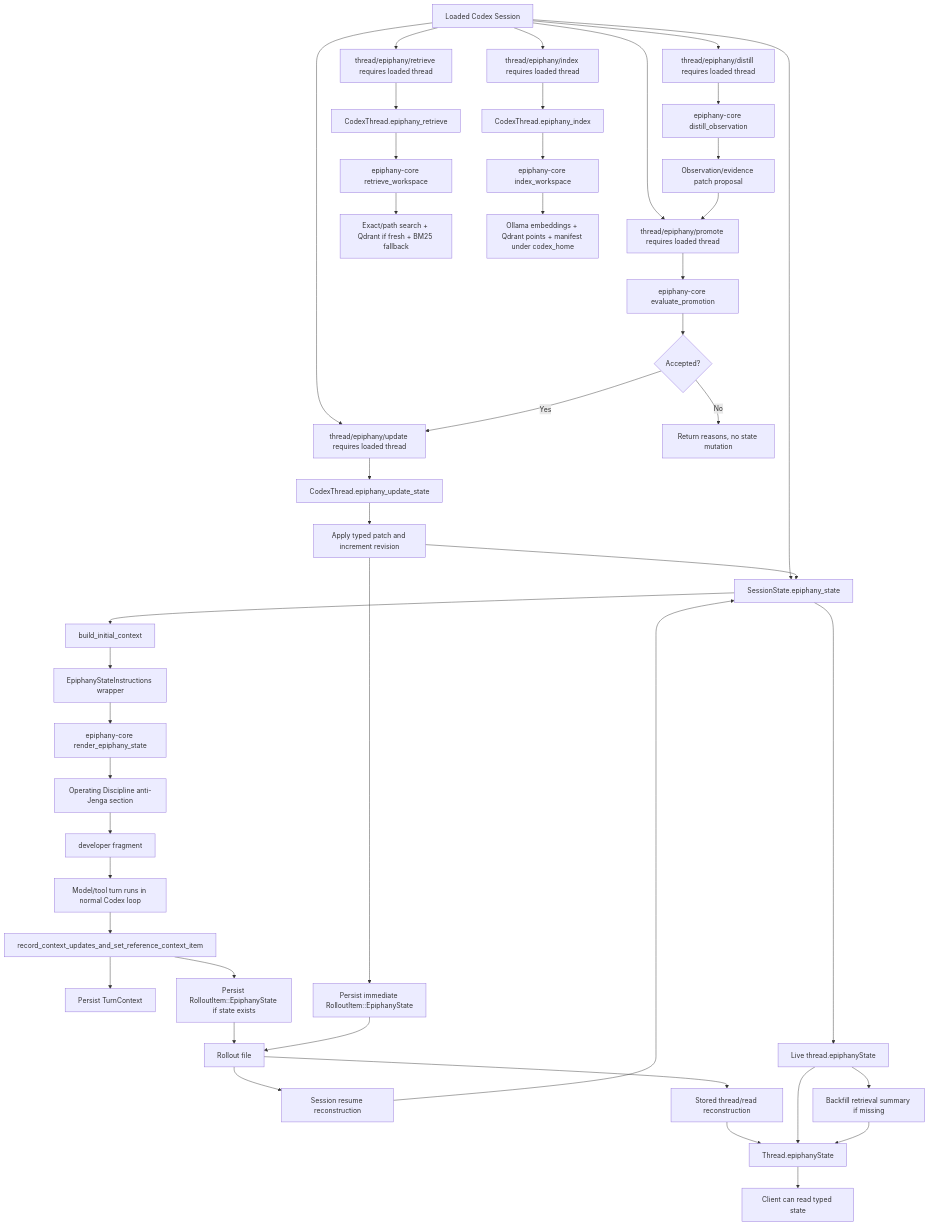
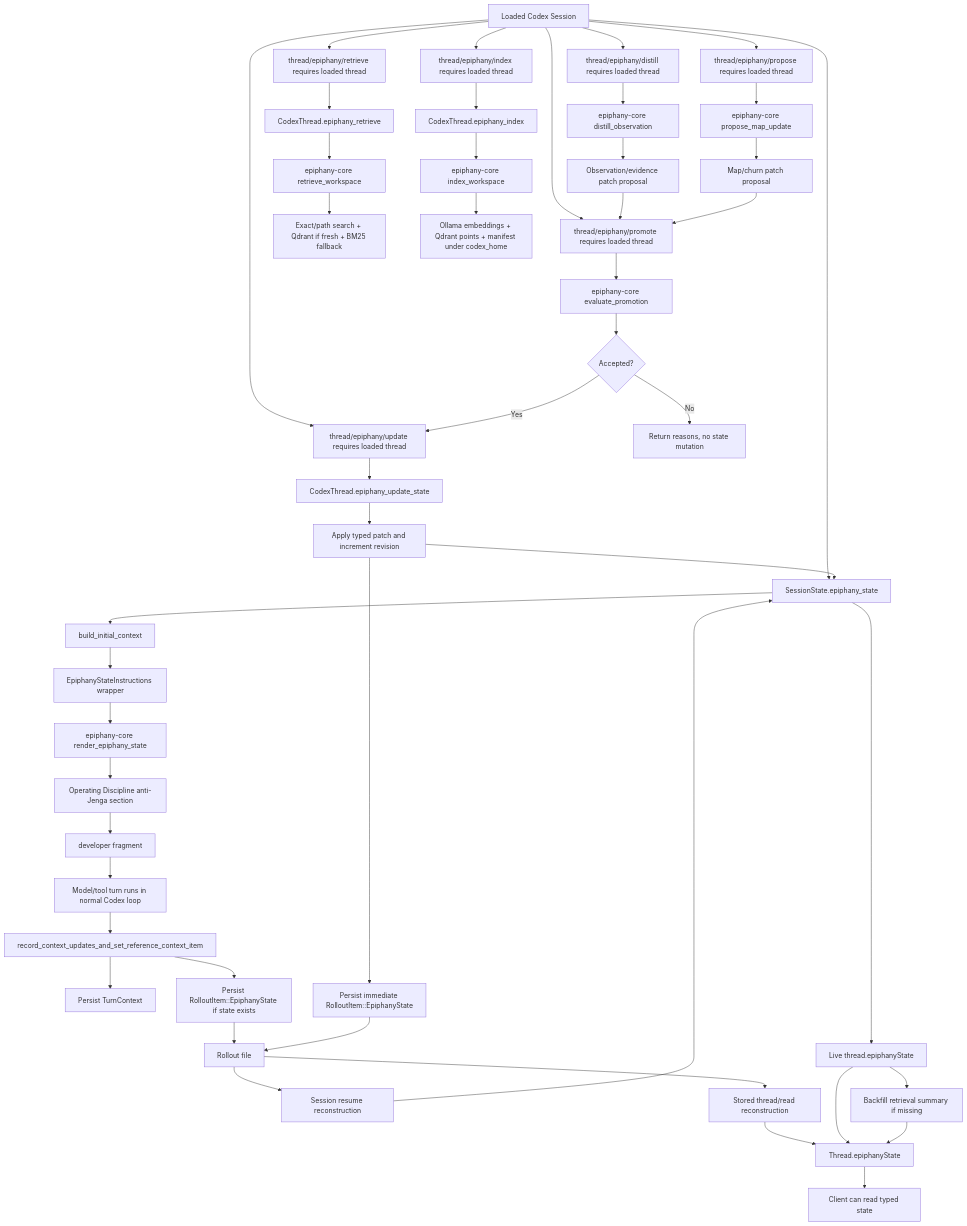
One commit to GameCult/Epiphany changed the diagram in notes/epiphany-current-algorithmic-map.md. Above: the diagram before and after it, drawn with Mermaid. The commit also changed other lines of this file and 12 other files, not shown here.

Commit message:
Add Epiphany map proposal surface

````diff
--- a/notes/epiphany-current-algorithmic-map.md
+++ b/notes/epiphany-current-algorithmic-map.md
@@ -35,46 +37,50 @@
 ```mermaid
 flowchart TD
     A["Loaded Codex Session"] --> B["SessionState.epiphany_state"]
     B --> C["build_initial_context"]
     C --> D["EpiphanyStateInstructions wrapper"]
     D --> E["epiphany-core render_epiphany_state"]
     E --> EA["Operating Discipline anti-Jenga section"]
     EA --> F["<epiphany_state> developer fragment"]
     F --> G["Model/tool turn runs in normal Codex loop"]
     G --> H["record_context_updates_and_set_reference_context_item"]
     H --> I["Persist TurnContext"]
     H --> J["Persist RolloutItem::EpiphanyState if state exists"]
     J --> K["Rollout file"]
     K --> L["Session resume reconstruction"]
     L --> B
     K --> M["Stored thread/read reconstruction"]
     M --> N["Thread.epiphanyState"]
     B --> O["Live thread.epiphanyState"]
     O --> N
     O --> P["Backfill retrieval summary if missing"]
     P --> N
     N --> Q["Client can read typed state"]
     A --> R["thread/epiphany/retrieve requires loaded thread"]
     A --> S["thread/epiphany/index requires loaded thread"]
     A --> AA["thread/epiphany/distill requires loaded thread"]
+    A --> AH["thread/epiphany/propose requires loaded thread"]
     A --> AD["thread/epiphany/promote requires loaded thread"]
     A --> Z["thread/epiphany/update requires loaded thread"]
     AA --> AB["epiphany-core distill_observation"]
     AB --> AC["Observation/evidence patch proposal"]
     AC --> AD
+    AH --> AI["epiphany-core propose_map_update"]
+    AI --> AJ["Map/churn patch proposal"]
+    AJ --> AD
     AD --> AE["epiphany-core evaluate_promotion"]
     AE --> AF{"Accepted?"}
     AF -->|"No"| AG["Return reasons, no state mutation"]
     AF -->|"Yes"| Z
     R --> T["CodexThread.epiphany_retrieve"]
     S --> U["CodexThread.epiphany_index"]
     Z --> ZA["CodexThread.epiphany_update_state"]
     ZA --> ZB["Apply typed patch and increment revision"]
     ZB --> B
     ZB --> ZC["Persist immediate RolloutItem::EpiphanyState"]
     ZC --> K
     T --> V["epiphany-core retrieve_workspace"]
     U --> W["epiphany-core index_workspace"]
     V --> X["Exact/path search + Qdrant if fresh + BM25 fallback"]
     W --> Y["Ollama embeddings + Qdrant points + manifest under codex_home"]
 ```
````
